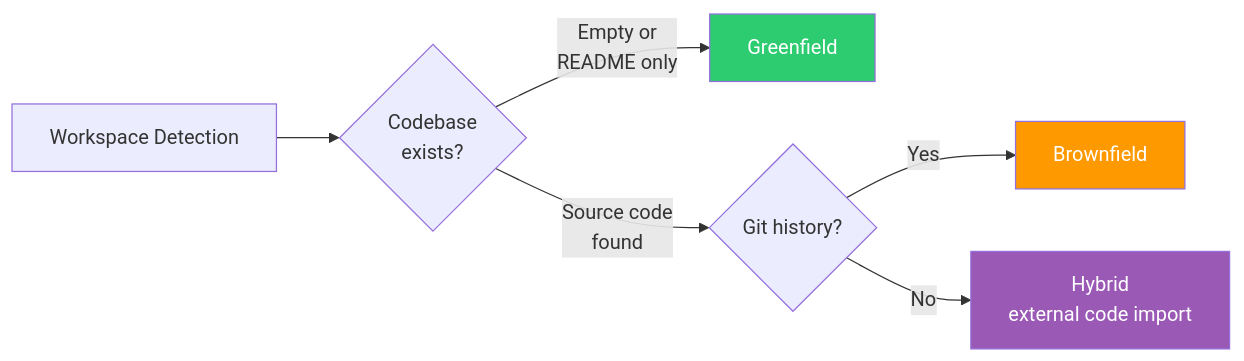
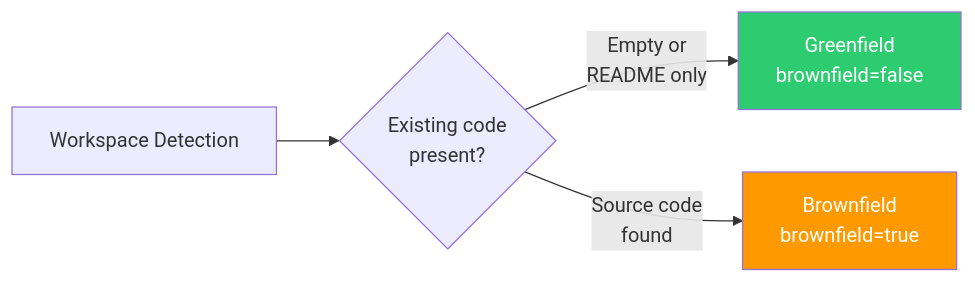
One commit to devfloor9/engineering-playbook changed the second of 9 diagrams in docs/aidlc/methodology/adaptive-execution.md. Above: the diagram before and after it, drawn with Mermaid. The commit also changed other lines of this file and 3 other files, not shown here.

````diff
--- a/docs/aidlc/methodology/adaptive-execution.md
+++ b/docs/aidlc/methodology/adaptive-execution.md
@@ -80,12 +82,9 @@
 ```mermaid
 flowchart LR
-    WD[Workspace Detection] --> CHECK1{Codebase<br/>exists?}
-    CHECK1 -->|Empty or<br/>README only| GREEN[Greenfield]
-    CHECK1 -->|Source code<br/>found| CHECK2{Git history?}
-    CHECK2 -->|Yes| BROWN[Brownfield]
-    CHECK2 -->|No| HYBRID[Hybrid<br/>external code import]
+    WD[Workspace Detection] --> CHECK1{Existing code<br/>present?}
+    CHECK1 -->|Empty or<br/>README only| GREEN[Greenfield<br/>brownfield=false]
+    CHECK1 -->|Source code<br/>found| BROWN[Brownfield<br/>brownfield=true]
 
     style GREEN fill:#2ecc71,color:#fff
     style BROWN fill:#ff9900,color:#fff
-    style HYBRID fill:#9b59b6,color:#fff
 ```
````
